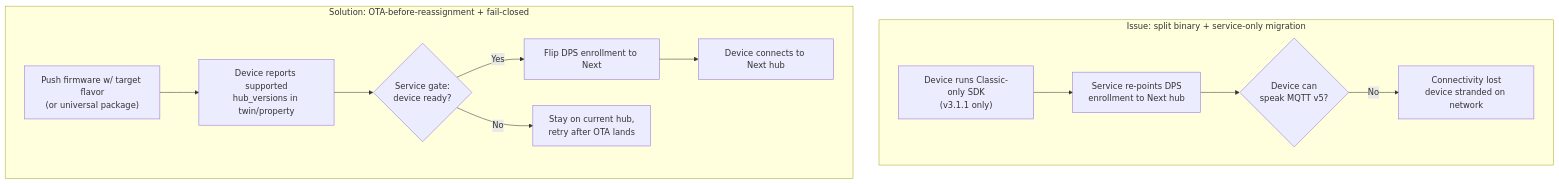
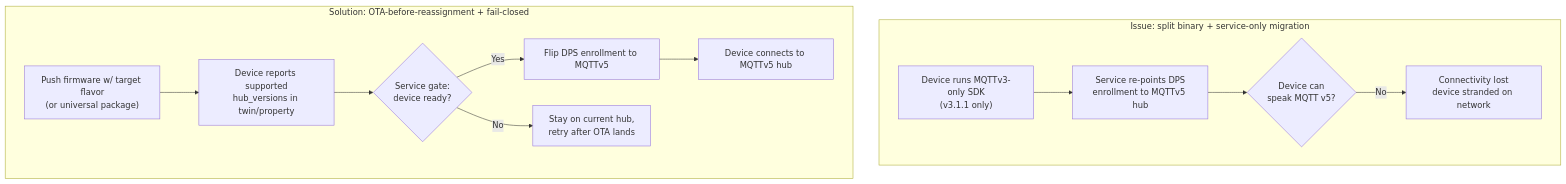
Before and after one commit to Azure/azure-iot-sdk: the first of 20 diagrams in c/docs/eng/split-client.md, drawn with Mermaid. The commit also changed other lines of this file and 99 other files, not shown here.

First line of the commit message:
[C] Rename Classic/Next/AEG to MQTTv3/MQTTv5 (#274)

````diff
--- a/c/docs/eng/split-client.md
+++ b/c/docs/eng/split-client.md
@@ -103,23 +103,23 @@
 ```mermaid
 flowchart TB
     subgraph ISSUE["Issue: split binary + service-only migration"]
-        I1["Device runs Classic-only SDK<br/>(v3.1.1 only)"]
-        I2["Service re-points DPS<br/>enrollment to Next hub"]
+        I1["Device runs MQTTv3-only SDK<br/>(v3.1.1 only)"]
+        I2["Service re-points DPS<br/>enrollment to MQTTv5 hub"]
         I3{"Device can<br/>speak MQTT v5?"}
         I4["Connectivity lost<br/>device stranded on network"]
         I1 --> I2 --> I3
         I3 -- "No" --> I4
     end
 
     subgraph FIX["Solution: OTA-before-reassignment + fail-closed"]
         F1["Push firmware w/ target flavor<br/>(or universal package)"]
         F2["Device reports supported<br/>hub_versions in twin/property"]
         F3{"Service gate:<br/>device ready?"}
-        F4["Flip DPS enrollment to Next"]
-        F5["Device connects to Next hub"]
+        F4["Flip DPS enrollment to MQTTv5"]
+        F5["Device connects to MQTTv5 hub"]
         F6["Stay on current hub,<br/>retry after OTA lands"]
         F1 --> F2 --> F3
         F3 -- "Yes" --> F4 --> F5
         F3 -- "No" --> F6
     end
 ```
````
